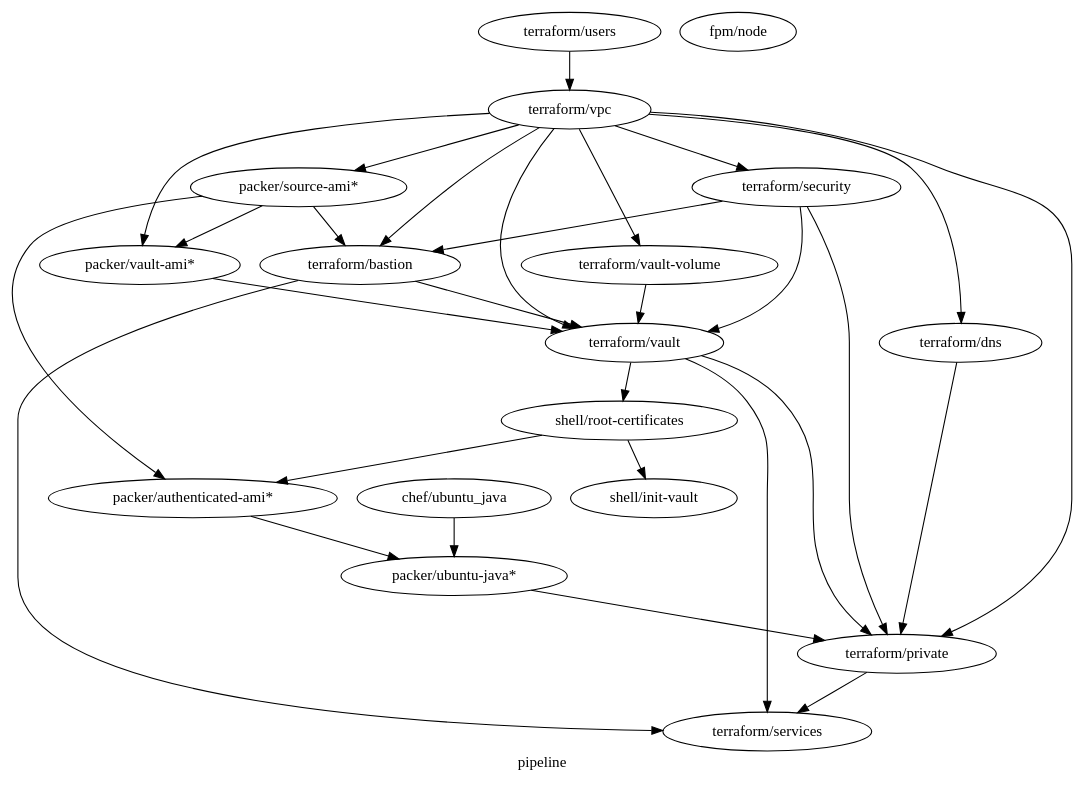
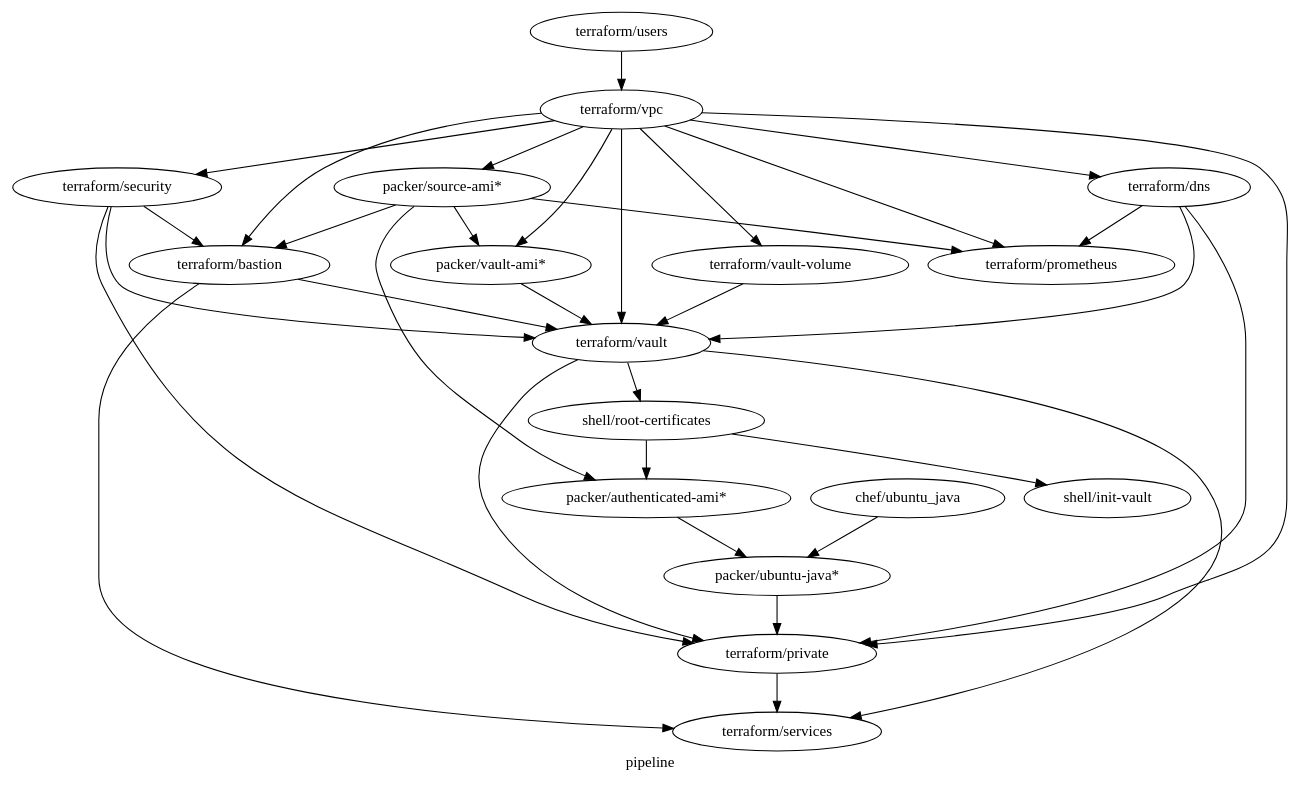
Before and after one commit to samsquire/mazzle-starter: the diagram in architecture.dot, drawn with Graphviz. The commit also changed 9 other files, not shown here.

```diff
--- a/architecture.dot
+++ b/architecture.dot
@@ -1,80 +1,85 @@
 digraph G {
   label="pipeline";
 
 /* List your components */  
 "chef/ubuntu_java";
 "packer/source-ami*";
 "packer/ubuntu-java*";
 "terraform/vpc";
 "terraform/users";
 "terraform/bastion";
  "terraform/private"; 
 /* "terraform/repository"; */
 /* "terraform/repository-volume"; */
 "packer/vault-ami*";
 "terraform/vault";
 "terraform/security";
 "terraform/services";
 "terraform/dns";
 "shell/root-certificates";
 "packer/authenticated-ami*";
+
+"packer/source-ami*" -> "terraform/prometheus";
+"terraform/vpc" -> "terraform/prometheus";
 
 /* List dependencies */
 "packer/source-ami*" -> "terraform/bastion";
 
 /* "terraform/vpc" -> "terraform/repository"; */
 /* "terraform/dns" -> "terraform/repository"; */
 /* "terraform/security" -> "terraform/repository"; */
 /* "terraform/repository" -> "packer/source-ami"; */
 
 "terraform/vpc" -> "terraform/dns";
  "terraform/vault" -> "terraform/private";
 /* "terraform/vpc" -> "terraform/repository-volume"; */
 /* "terraform/repository-volume" -> "terraform/repository"; */
 
 "terraform/vault" -> "terraform/services";
 "terraform/bastion" -> "terraform/services";
 "terraform/private" -> "terraform/services";
 
 "terraform/vpc" -> "terraform/vault-volume";
 "terraform/vpc" -> "packer/source-ami*";
 
 "terraform/vpc" -> "packer/vault-ami*";
 "packer/vault-ami*" -> "terraform/vault";
 
 "terraform/vault-volume" -> "terraform/vault";
 
 "packer/source-ami*" -> "packer/vault-ami*";
 
  "terraform/dns" -> "terraform/private";
+ "terraform/dns" -> "terraform/vault";
 
 "terraform/security" -> "terraform/vault"
 "terraform/vpc" -> "terraform/vault";
 
 "terraform/security" -> "terraform/bastion";
  "terraform/security" -> "terraform/private"; 
 "terraform/vpc" -> "terraform/security";
 
 "chef/ubuntu_java" -> "packer/ubuntu-java*";
 "terraform/users" -> "terraform/vpc"
 
 "terraform/vpc" ->"terraform/private";
 
 "terraform/vpc" -> "terraform/bastion";
 "terraform/vault" -> "shell/root-certificates";
 "terraform/bastion" -> "terraform/vault";
 
 "shell/root-certificates" -> "packer/authenticated-ami*";
 
 "packer/ubuntu-java*" -> "terraform/private";
 
 "packer/source-ami*" -> "packer/authenticated-ami*";
 "packer/authenticated-ami*" -> "packer/ubuntu-java*";
 
 "shell/root-certificates" -> "shell/init-vault";
 
-"fpm/node"
+/* "fpm/node*" */
 
 /* "shell/init" -> "shell/test"; */
 
+ "terraform/dns" -> "terraform/prometheus";
 }
```
